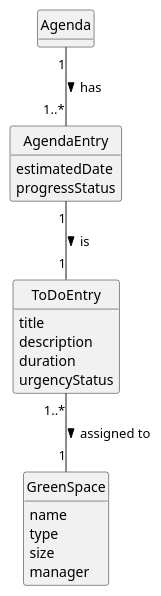
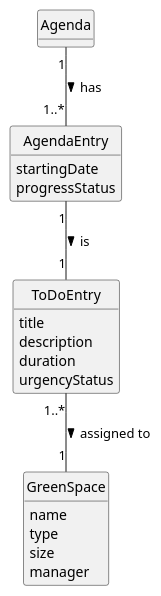
The diagram in docs/sprintC/us022/02.analysis/puml/us022-domain-model.puml (ricardomm7/leaflink), drawn with PlantUML before and after one commit. The commit also changed 20 other files, not shown here.

```diff
--- a/docs/sprintC/us022/02.analysis/puml/us022-domain-model.puml
+++ b/docs/sprintC/us022/02.analysis/puml/us022-domain-model.puml
@@ -1,46 +1,46 @@
 @startuml
 skinparam monochrome true
 skinparam packageStyle rectangle
 skinparam shadowing false
 
 'left to right direction
 
 skinparam classAttributeIconSize 0
 
 hide circle
 hide methods
 
 
 
 class AgendaEntry {
-    estimatedDate
+    startingDate
     progressStatus
 
 }
 
 
 class ToDoEntry {
     title
     description
     duration
     urgencyStatus
 
 }
 
 class Agenda{
 }
 
 class GreenSpace{
 name
 type
 size
 manager
 
 }
 Agenda "1" -- "1..*" AgendaEntry: has >
 
 AgendaEntry "1" -- "1" ToDoEntry: is >
 
 ToDoEntry "1..*" -- "1" GreenSpace: assigned to >
 
 @enduml
```
